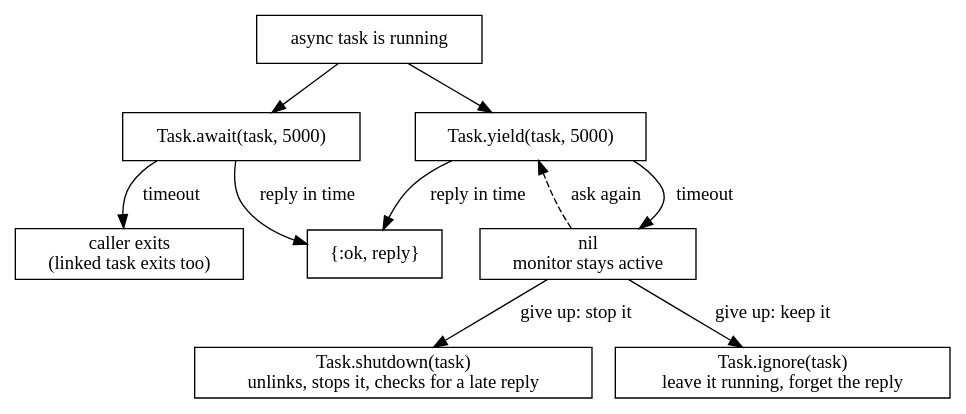
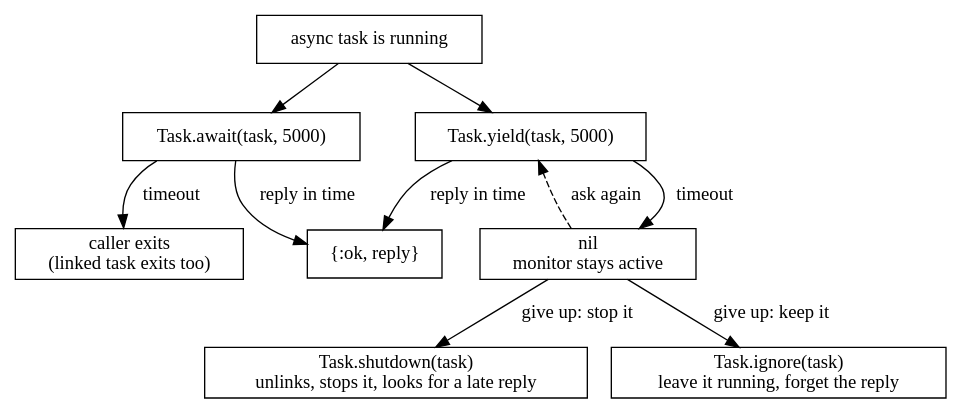
Before and after one commit to danceinthefake/visualixir: the diagram in docs/diagrams/task/timeouts.dot, drawn with Graphviz. The commit also changed 59 other files, not shown here.

First line of the commit message:
Apply ASD-STE100 to interface text and diagram labels

```diff
--- a/docs/diagrams/task/timeouts.dot
+++ b/docs/diagrams/task/timeouts.dot
@@ -1,21 +1,21 @@
 digraph timeouts {
   rankdir=TB
   node [shape=box]
   t [label="async task is running"]
   aw [label="Task.await(task, 5000)"]
   y [label="Task.yield(task, 5000)"]
   ok [label="{:ok, reply}"]
   ex [label="caller exits\n(linked task exits too)" class=hl]
   nil [label="nil\nmonitor stays active"]
-  sd [label="Task.shutdown(task)\nunlinks, stops it, checks for a late reply"]
+  sd [label="Task.shutdown(task)\nunlinks, stops it, looks for a late reply"]
   ig [label="Task.ignore(task)\nleave it running, forget the reply"]
   t -> aw
   t -> y
   aw -> ok [label=" reply in time"]
   aw -> ex [label=" timeout"]
   y -> ok [label=" reply in time"]
   y -> nil [label=" timeout"]
   nil -> y [label=" ask again" style=dashed class=dim]
   nil -> sd [label=" give up: stop it"]
   nil -> ig [label=" give up: keep it"]
 }
```
